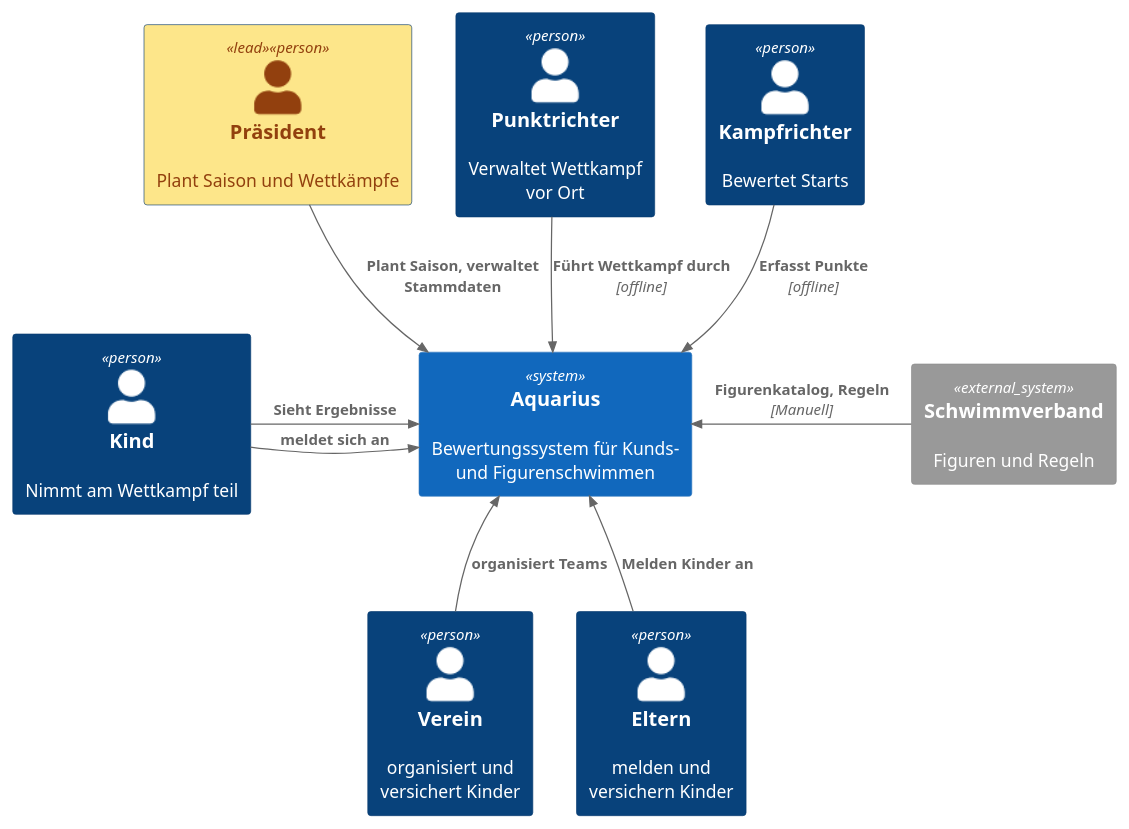
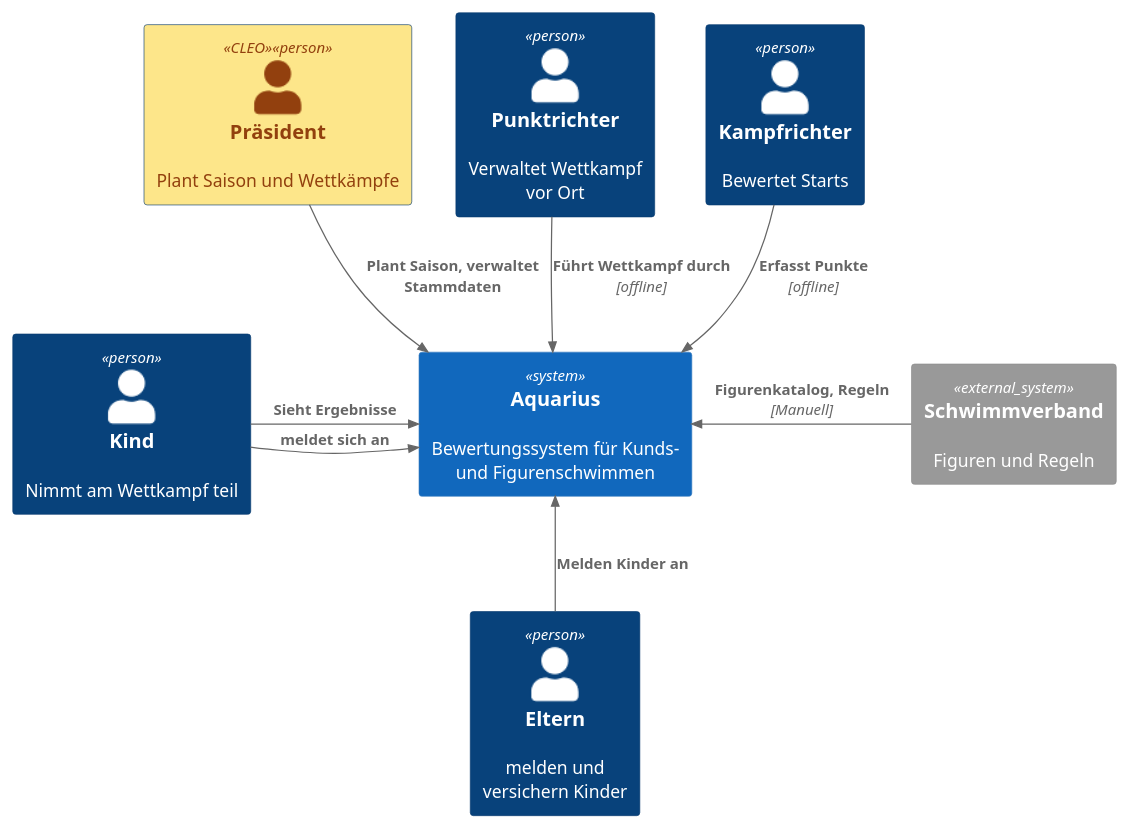
Before and after one commit to gernotstarke/aquarius: the diagram in documentation/architecture/images/puml/03-business-context.puml, drawn with PlantUML. The commit also changed 4 other files, not shown here.

Commit message:
update in context diagram

```diff
--- a/documentation/architecture/images/puml/03-business-context.puml
+++ b/documentation/architecture/images/puml/03-business-context.puml
@@ -1,30 +1,30 @@
 @startuml
 !include <C4/C4_Context>
 
+skinparam backgroundColor transparent
 
 
-Person(praesident, "Präsident", "Plant Saison und Wettkämpfe", $tags="lead")
-AddElementTag("lead", $bgColor="#FDE68A", $fontColor="#92400E")
+Person(praesident, "Präsident", "Plant Saison und Wettkämpfe", $tags="CLEO")
+AddElementTag("CLEO", $bgColor="#FDE68A", $fontColor="#92400E")
 
-Person(verein, "Verein", "organisiert und \nversichert Kinder")
 Person(punktrichter, "Punktrichter", "Verwaltet Wettkampf \nvor Ort")
 Person(kampfrichter, "Kampfrichter", "Bewertet Starts")
 Person(kind, "Kind", "Nimmt am Wettkampf teil")
 
 Person(eltern, "Eltern", "melden und \nversichern Kinder")
 
 System(aquarius, "Aquarius", "Bewertungssystem für Kunds- und Figurenschwimmen")
 
 System_Ext(schwimmverband, "Schwimmverband", "Figuren und Regeln")
 
 Rel(praesident, aquarius, "Plant Saison, verwaltet Stammdaten")
-Rel_U(verein, aquarius, "organisiert Teams" )
+
 Rel_U(eltern, aquarius, "Melden Kinder an")
 Rel(punktrichter, aquarius, "Führt Wettkampf durch", "offline")
 Rel(kampfrichter, aquarius, "Erfasst Punkte", "offline")
 Rel_R(kind, aquarius, "Sieht Ergebnisse")
 Rel_R(kind, aquarius, "meldet sich an")
 
 Rel_L(schwimmverband, aquarius, "Figurenkatalog, Regeln", "Manuell")
 
 @enduml
```
